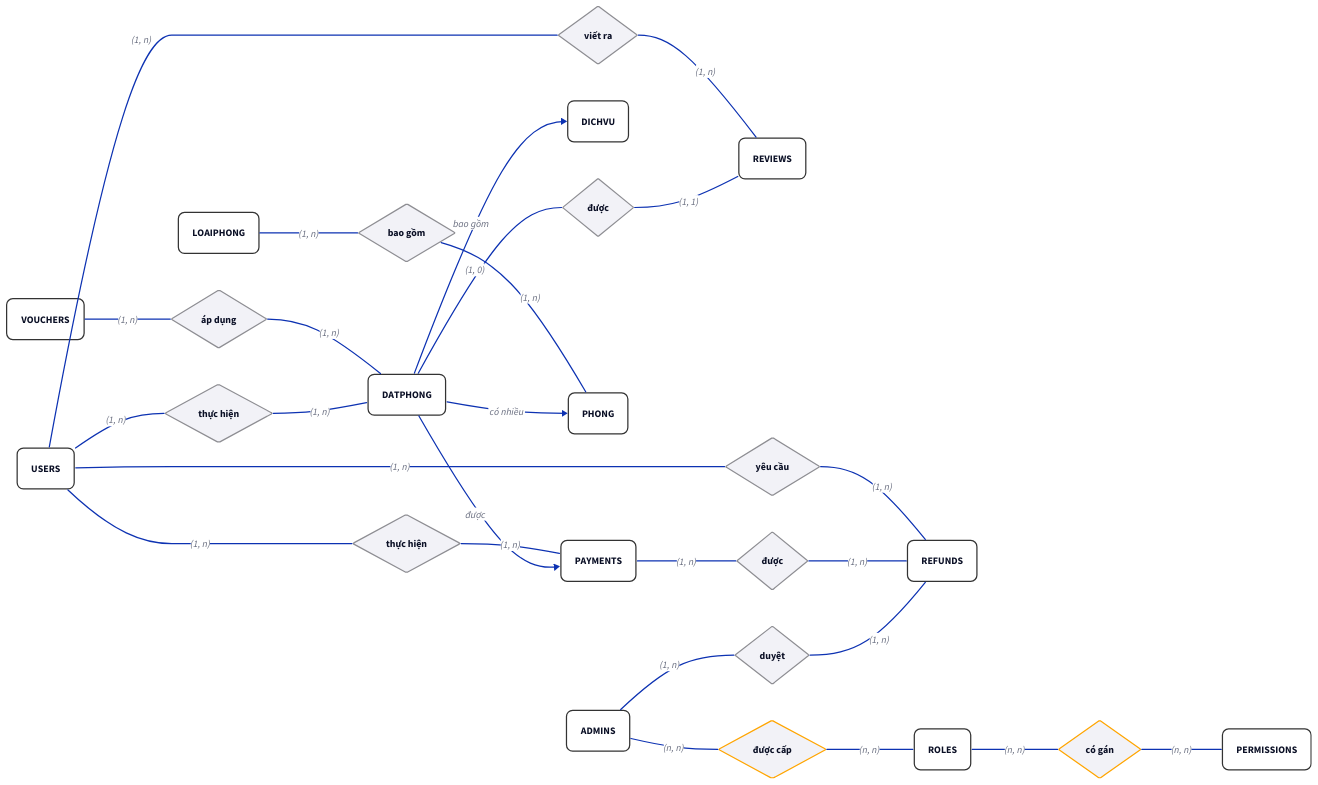
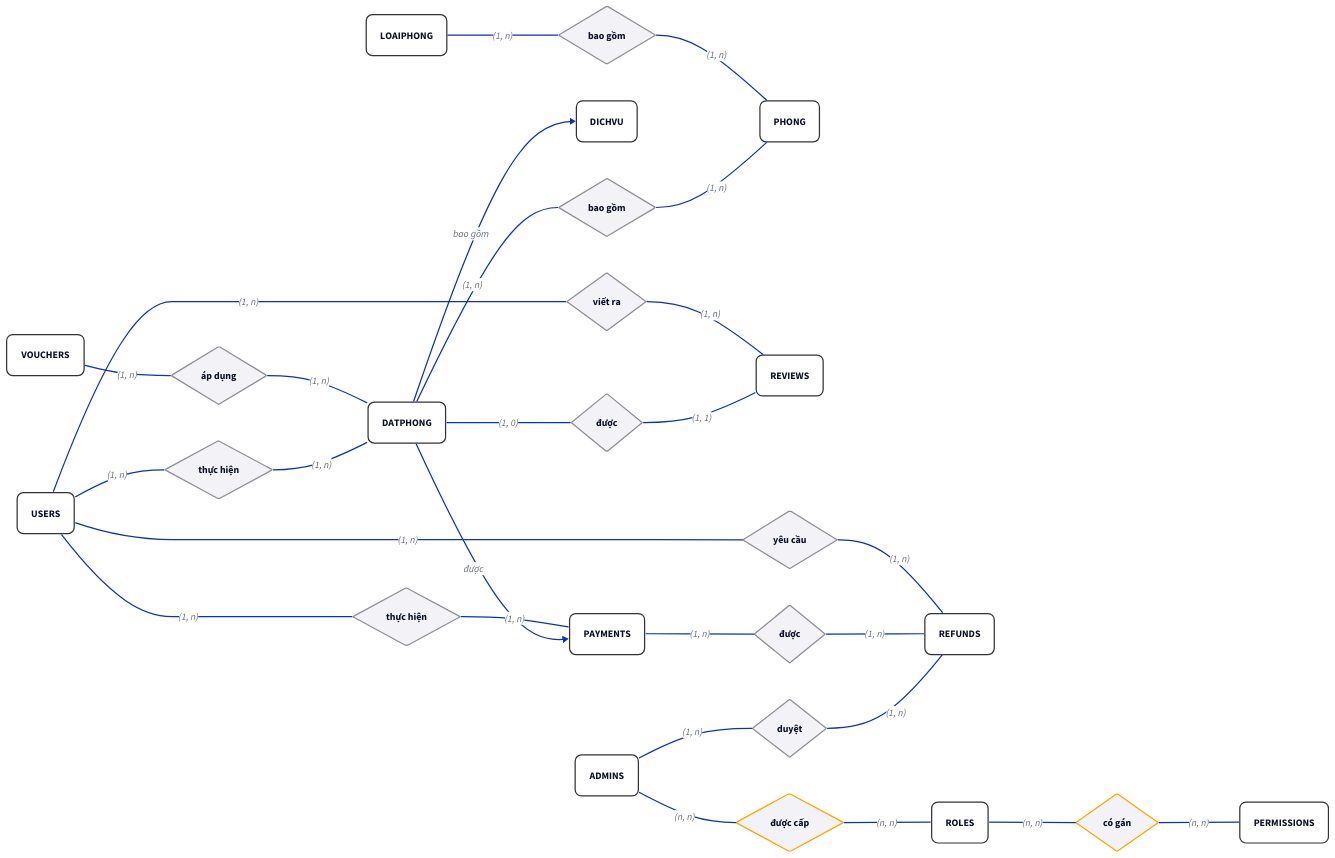
Before and after one commit to sam-uit/ie103-project-report: the diagram in baocao/content/diagrams/ch02-concept-erd.d2, drawn with D2.

```diff
--- a/baocao/content/diagrams/ch02-concept-erd.d2
+++ b/baocao/content/diagrams/ch02-concept-erd.d2
@@ -1,101 +1,105 @@
 direction: right
 
 # --- 0. STYLES ---
 style: {
   opacity: 0.0
   fill: transparent
 }
 
 # --- 1. SETTINGS ---
 classes: {
   entity: {
     shape: rectangle
     style: {border-radius: 10; fill: "#FFFFFF"; stroke: "#333333"}
   }
   rel: {
     shape: diamond
     style: {fill: "#F2F2F7"; stroke: "#8E8E93"}
   }
   attr: {
     shape: oval
     # width: 100; height: 50
     style: {fill: "#F0F8FF"; stroke: "#4682B4"; stroke-dash: 3}
   }
 }
 
 # --- 2. ENTITIES ---
 ADMINS: {class: entity; label: "ADMINS"}
 DATPHONG: {class: entity; label: "DATPHONG"}
 DICHVU: {class: entity; label: "DICHVU"}
 LOAIPHONG: {class: entity; label: "LOAIPHONG"}
 PAYMENTS: {class: entity; label: "PAYMENTS"}
 PERMISSIONS: {class: entity; label: "PERMISSIONS"}
 PHONG: {class: entity; label: "PHONG"}
 REFUNDS: {class: entity; label: "REFUNDS"}
 REVIEWS: {class: entity; label: "REVIEWS"}
 ROLES: {class: entity; label: "ROLES"}
 USERS: {class: entity; label: "USERS"}
 VOUCHERS: {class: entity; label: "VOUCHERS"}
 
 # --- 3. RELATIONSHIPS ---
 # ngôn ngữ "tự nhiên"
 
 # ADMINS -> REFUNDS: duyệt
 admins_refunds: {class: rel; label: "duyệt"}
 ADMINS -- admins_refunds: (1, n)
 admins_refunds -- REFUNDS: (1, n)
 
 # ADMINS -> ROLES: được cấp
 # n - n: viền cam
 admins_roles: {class: rel; label: "được cấp"; style: {stroke: orange}}
 ADMINS -- admins_roles: (n, n)
 admins_roles -- ROLES: (n, n)
 
 DATPHONG -> DICHVU: bao gồm
 DATPHONG -> PAYMENTS: được
-DATPHONG -> PHONG: có nhiều
+
+# DATPHONG -> PHONG: có nhiều
+datphong_phong: {class: rel; label: "bao gồm"}
+DATPHONG -- datphong_phong: (1, n)
+datphong_phong -- PHONG: (1, n)
 
 # DATPHONG -> REVIEWS: được
 datphong_reviews: {class: rel; label: "được"}
 DATPHONG -- datphong_reviews: (1, 0)
 datphong_reviews -- REVIEWS: (1, 1)
 
 # LOAIPHONG <- PHONG: thuộc
 loaiphong_phong: {class: rel; label: "bao gồm"}
 LOAIPHONG -- loaiphong_phong: (1, n)
 loaiphong_phong -- PHONG: (1, n)
 
 # PAYMENTS -> REFUNDS: được
 payments_refunds: {class: rel; label: "được"}
 PAYMENTS -- payments_refunds: (1, n)
 payments_refunds -- REFUNDS: (1, n)
 
 # ROLES -> PERMISSIONS: có các
 roles_permissions: {class: rel; label: "có gán"; style: {stroke: orange}}
 ROLES -- roles_permissions: (n, n)
 roles_permissions -- PERMISSIONS: (n, n)
 
 # USERS -> DATPHONG: thực hiện
 users_datphong: {class: rel; label: "thực hiện"}
 USERS -- users_datphong: (1, n)
 users_datphong -- DATPHONG: (1, n)
 
 # USERS -> PAYMENTS: thực hiện
 users_payment: {class: rel; label: "thực hiện"}
 USERS -- users_payment: (1, n)
 users_payment -- PAYMENTS: (1, n)
 
 # USERS -> REFUNDS: yêu cầu
 users_refunds: {class: rel; label: "yêu cầu"}
 USERS -- users_refunds: (1, n)
 users_refunds -- REFUNDS: (1, n)
 
 # USERS -> REVIEWS: viết
 users_reviews: {class: rel; label: "viết ra"}
 USERS -- users_reviews: (1, n)
 users_reviews -- REVIEWS: (1, n)
 
 # VOUCHERS -> DATPHONG: áp dụng cho
 vouchers_datphong: {class: rel; label: "áp dụng"}
 VOUCHERS -- vouchers_datphong: (1, n)
 vouchers_datphong -- DATPHONG: (1, n)
```
